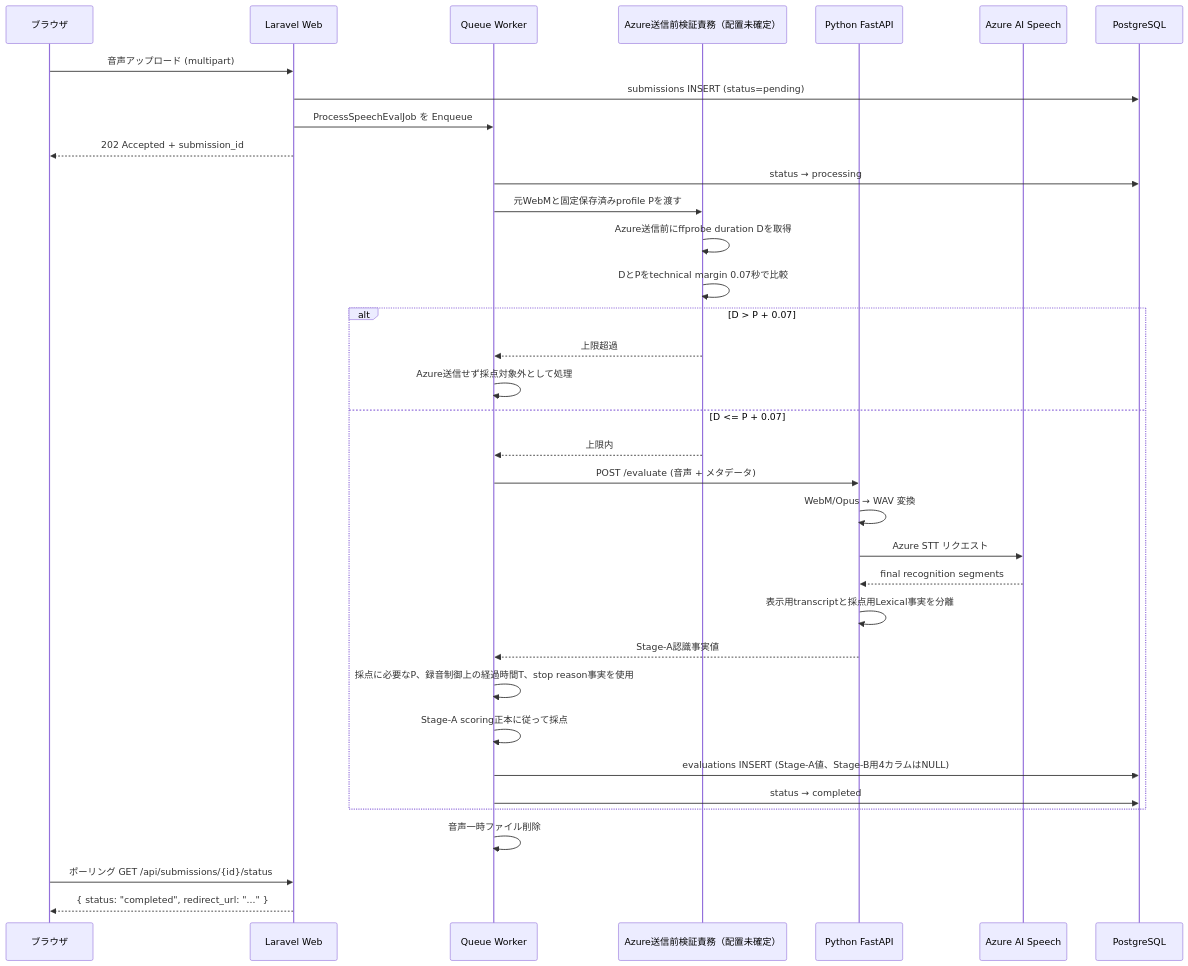
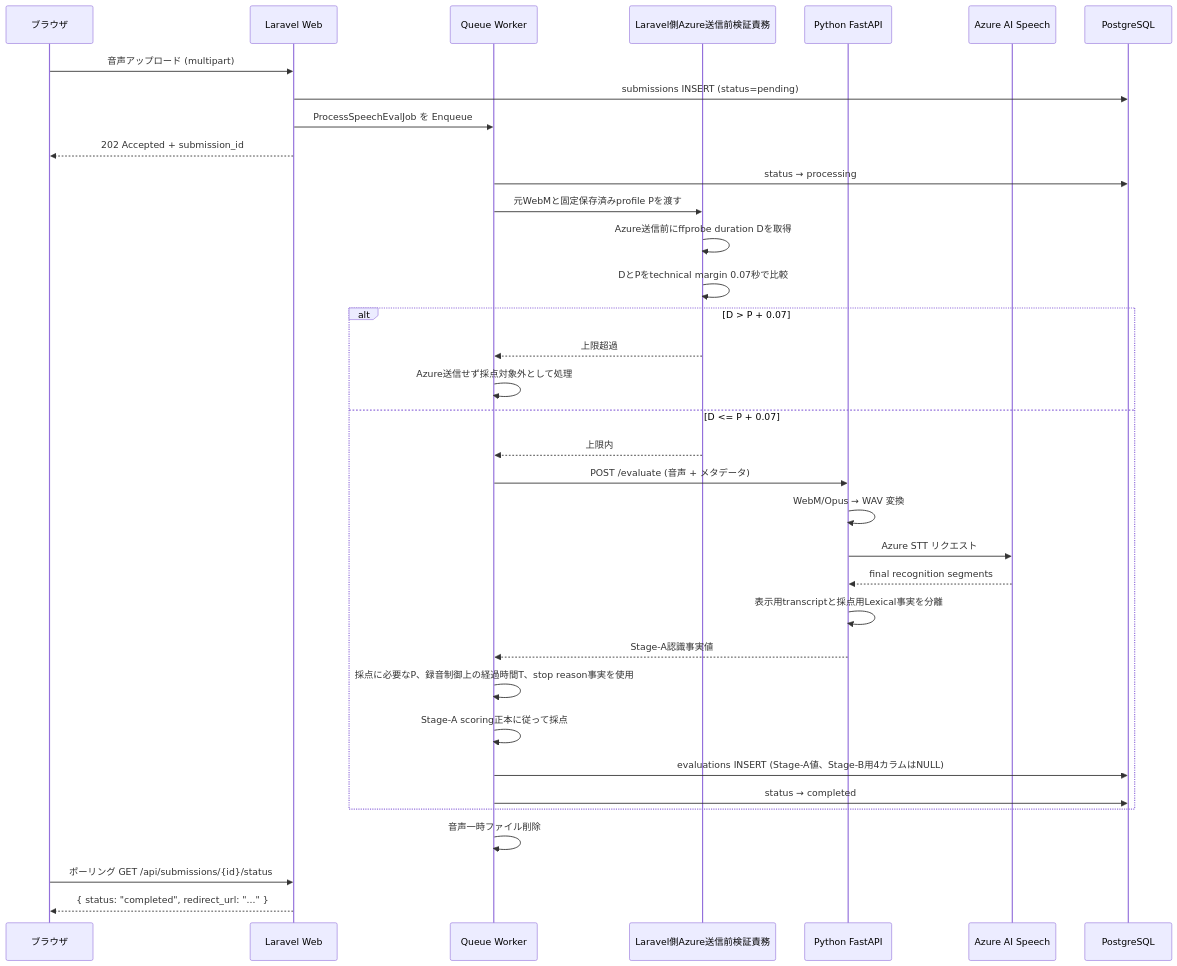
One commit to kurukobaweb/nihongo changed the second of 2 diagrams in docs/ARCHITECTURE.md. Above: the diagram before and after it, drawn with Mermaid. The commit also changed other lines of this file and 5 other files, not shown here.

````diff
--- a/docs/ARCHITECTURE.md
+++ b/docs/ARCHITECTURE.md
@@ -233,41 +272,41 @@
 ```mermaid
 sequenceDiagram
     participant U as ブラウザ
     participant L as Laravel Web
     participant Q as Queue Worker
-    participant V as Azure送信前検証責務（配置未確定）
+    participant V as Laravel側Azure送信前検証責務
     participant P as Python FastAPI
     participant A as Azure AI Speech
     participant DB as PostgreSQL
 
     U->>L: 音声アップロード (multipart)
     L->>DB: submissions INSERT (status=pending)
     L->>Q: ProcessSpeechEvalJob を Enqueue
     L-->>U: 202 Accepted + submission_id
 
     Q->>DB: status → processing
     Q->>V: 元WebMと固定保存済みprofile Pを渡す
     V->>V: Azure送信前にffprobe duration Dを取得
     V->>V: DとPをtechnical margin 0.07秒で比較
     alt D > P + 0.07
         V-->>Q: 上限超過
         Q->>Q: Azure送信せず採点対象外として処理
     else D <= P + 0.07
     V-->>Q: 上限内
     Q->>P: POST /evaluate (音声 + メタデータ)
     P->>P: WebM/Opus → WAV 変換
     P->>A: Azure STT リクエスト
     A-->>P: final recognition segments
     P->>P: 表示用transcriptと採点用Lexical事実を分離
     P-->>Q: Stage-A認識事実値
 
     Q->>Q: 採点に必要なP、録音制御上の経過時間T、stop reason事実を使用
     Q->>Q: Stage-A scoring正本に従って採点
     Q->>DB: evaluations INSERT (Stage-A値、Stage-B用4カラムはNULL)
     Q->>DB: status → completed
     end
     Q->>Q: 音声一時ファイル削除
 
     U->>L: ポーリング GET /api/submissions/{id}/status
     L-->>U: { status: "completed", redirect_url: "..." }
 ```
````
